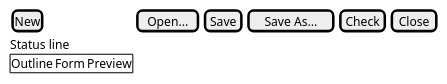
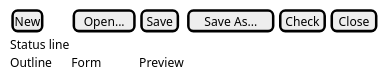
Before and after one commit to OutOfBandDevelopment/dev-term: the first of 4 diagrams in docs/specs/manifest-editor.md, drawn with PlantUML. The commit also changed other lines of this file, not shown here.

````diff
--- a/docs/specs/manifest-editor.md
+++ b/docs/specs/manifest-editor.md
@@ -27,11 +27,9 @@
 ```plantuml
 @startsalt
 {
   [New] | [Open...] | [Save] | [Save As...] | [Check] | [Close]
   Status line
-  {+
-    Outline | Form | Preview
-  }
+  Outline | Form | Preview
 }
 @endsalt
 ```
````
